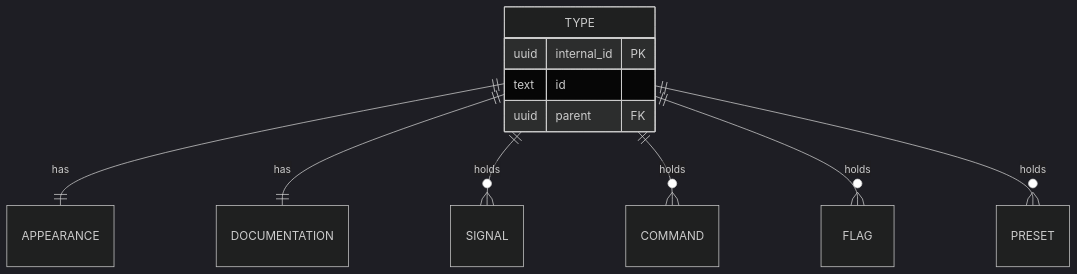
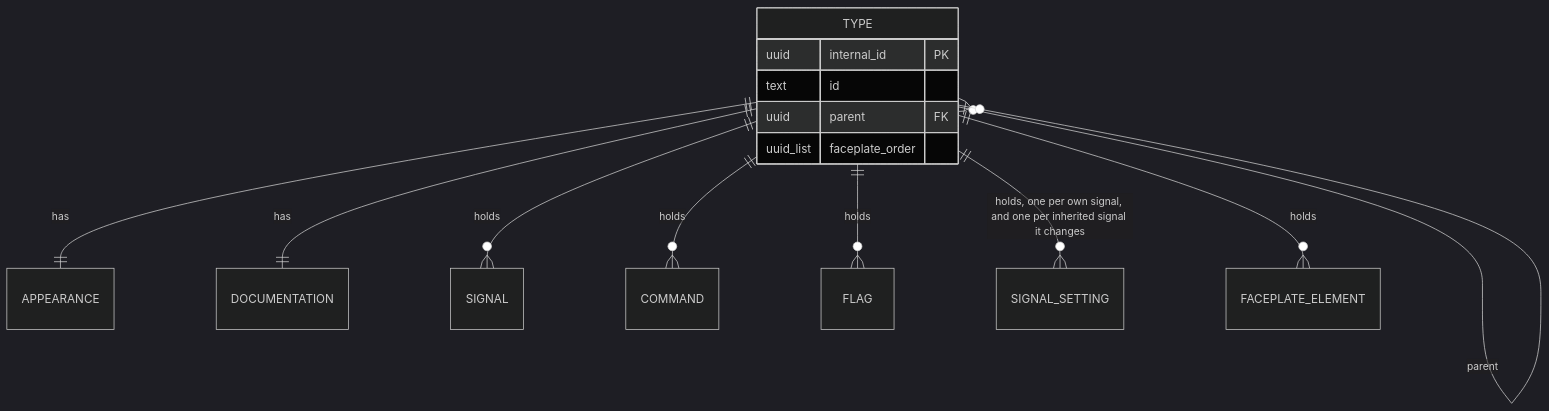
The diagram in metadata/entities/30-type.md (AlexandreGallais/synoptic-studio-spec), drawn with Mermaid (dark theme) before and after one commit. The commit also changed other lines of this file and 81 other files, not shown here.

First line of the commit message:
docs(metadata): remove presets, add signal settings and faceplate parts

````diff
--- a/metadata/entities/30-type.md
+++ b/metadata/entities/30-type.md
@@ -17,14 +18,25 @@
 ```mermaid
 erDiagram
+    %% link TYPE 30-type.md
+    %% link APPEARANCE 12-appearance.md
+    %% link DOCUMENTATION 14-documentation.md
+    %% link SIGNAL 16-signal.md
+    %% link COMMAND 18-command.md
+    %% link FLAG 19-flag.md
+    %% link SIGNAL_SETTING 22-signal-setting.md
+    %% link FACEPLATE_ELEMENT 28-faceplate-element.md
     TYPE {
         uuid internal_id PK
         text id
         uuid parent FK
+        uuid_list faceplate_order
     }
+    TYPE |o--o{ TYPE : "parent"
     TYPE ||--|| APPEARANCE : "has"
     TYPE ||--|| DOCUMENTATION : "has"
     TYPE ||--o{ SIGNAL : "holds"
     TYPE ||--o{ COMMAND : "holds"
     TYPE ||--o{ FLAG : "holds"
-    TYPE ||--o{ PRESET : "holds"
+    TYPE ||--o{ SIGNAL_SETTING : "holds, one per own signal, and one per inherited signal it changes"
+    TYPE ||--o{ FACEPLATE_ELEMENT : "holds"
 ```
````
